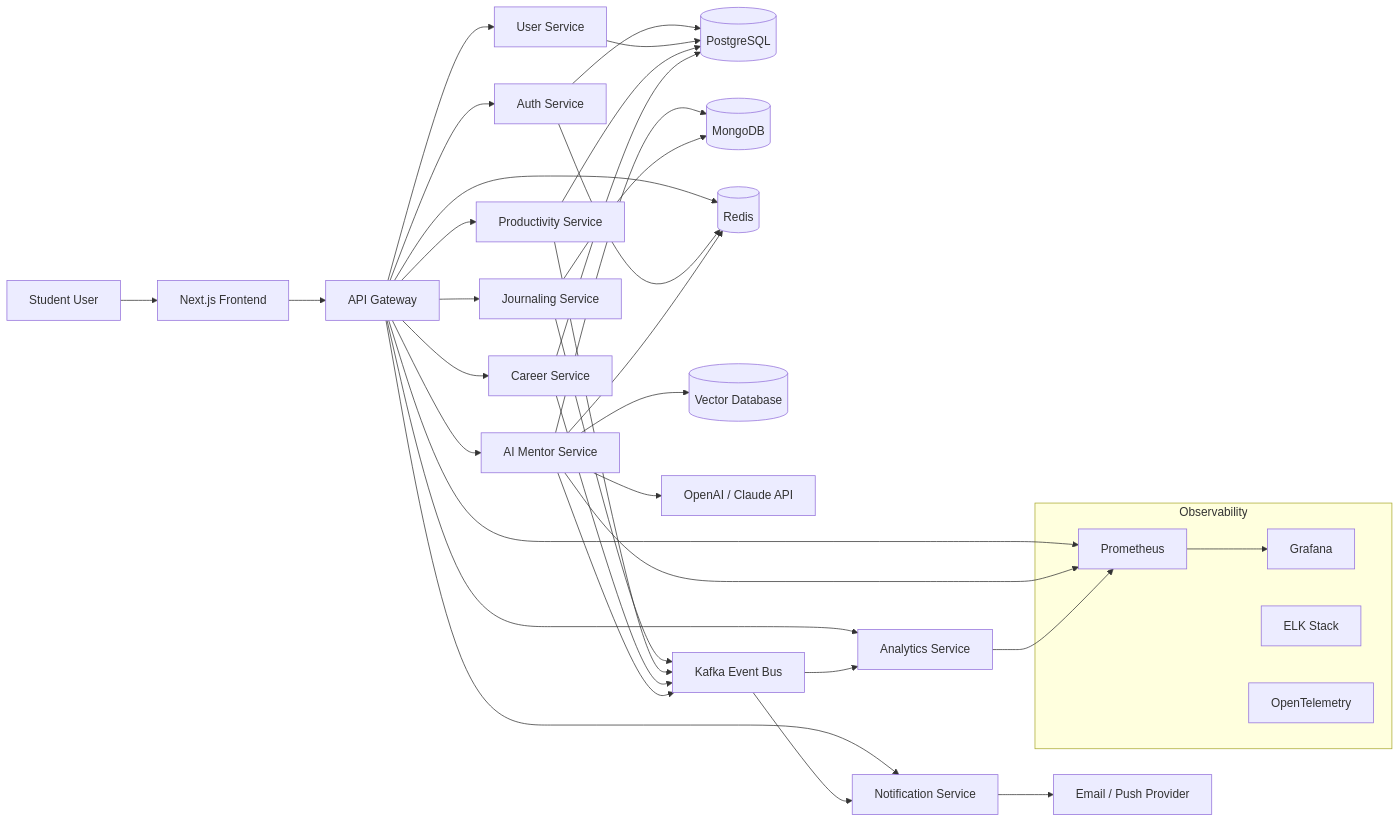
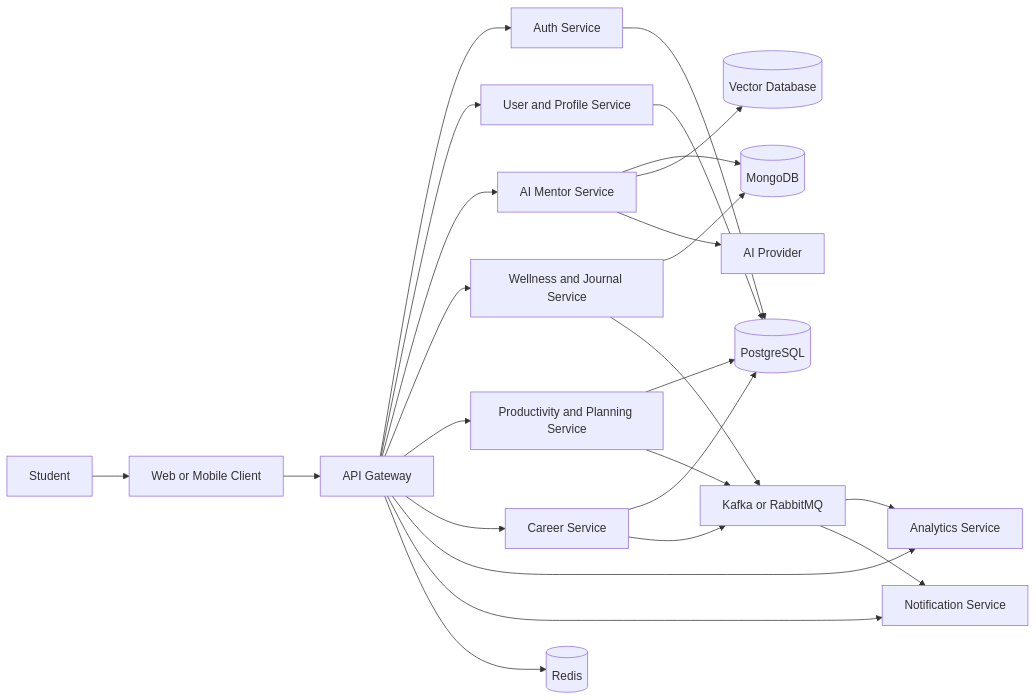
The second of 2 diagrams in README.md (Sachith-Asmadala/LumaPath-AI), drawn with Mermaid before and after one commit. The commit also changed other lines of this file and 1 other file, not shown here.

````diff
--- a/README.md
+++ b/README.md
@@ -145,52 +267,28 @@
 ```mermaid
 flowchart LR
-    U[Student User] --> FE[Next.js Frontend]
-
+    U[Student] --> FE[Web or Mobile Client]
     FE --> GW[API Gateway]
-
     GW --> AUTH[Auth Service]
-    GW --> USER[User Service]
+    GW --> USER[User and Profile Service]
     GW --> AI[AI Mentor Service]
-    GW --> JOURNAL[Journaling Service]
-    GW --> PROD[Productivity Service]
+    GW --> WELL[Wellness and Journal Service]
+    GW --> PROD[Productivity and Planning Service]
     GW --> CAREER[Career Service]
     GW --> ANALYTICS[Analytics Service]
     GW --> NOTIF[Notification Service]
 
     AUTH --> PG[(PostgreSQL)]
     USER --> PG
     PROD --> PG
     CAREER --> PG
-
     AI --> MONGO[(MongoDB)]
-    JOURNAL --> MONGO
-
+    WELL --> MONGO
     GW --> REDIS[(Redis)]
-    AUTH --> REDIS
-    AI --> REDIS
-
     AI --> VECTOR[(Vector Database)]
-    AI --> LLM[OpenAI / Claude API]
-
-    JOURNAL --> KAFKA[Kafka Event Bus]
-    PROD --> KAFKA
-    CAREER --> KAFKA
-    AI --> KAFKA
-
-    KAFKA --> ANALYTICS
-    KAFKA --> NOTIF
-
-    NOTIF --> EMAIL[Email / Push Provider]
-
-    subgraph Observability
-        PROM[Prometheus]
-        GRAF[Grafana]
-        ELK[ELK Stack]
-        TRACE[OpenTelemetry]
-    end
-
-    GW --> PROM
-    AI --> PROM
-    ANALYTICS --> PROM
-    PROM --> GRAF
+    AI --> LLM[AI Provider]
+    PROD --> BUS[Kafka or RabbitMQ]
+    CAREER --> BUS
+    WELL --> BUS
+    BUS --> ANALYTICS
+    BUS --> NOTIF
 ```
````
